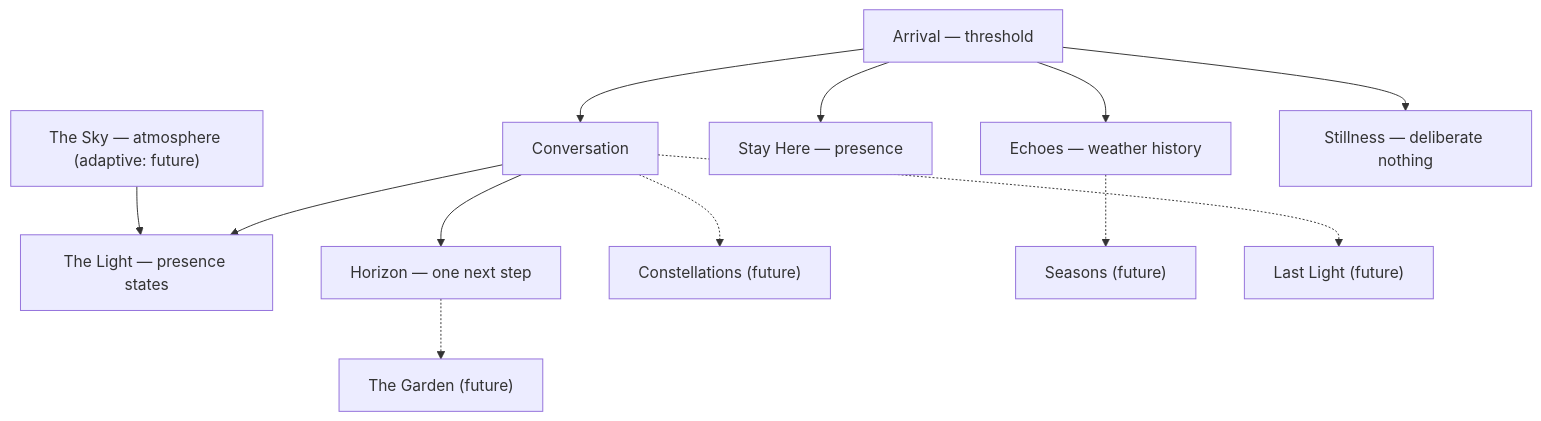
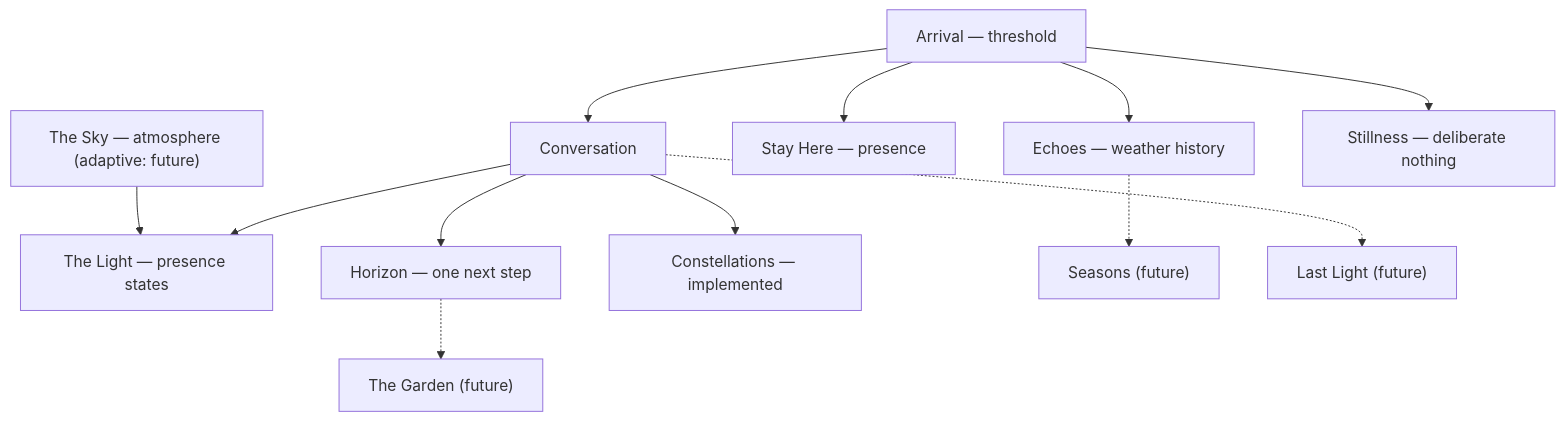
One commit to hilumi/saelis changed the diagram in docs/01-the-light/emotional-architecture.md. Above: the diagram before and after it, drawn with Mermaid. The commit also changed other lines of this file and 46 other files, not shown here.

````diff
--- a/docs/01-the-light/emotional-architecture.md
+++ b/docs/01-the-light/emotional-architecture.md
@@ -60,27 +63,27 @@
 ```mermaid
 graph TD
     SKY["The Sky — atmosphere (adaptive: future)"]
     LIGHT["The Light — presence states"]
     ARRIVAL["Arrival — threshold"]
     CONV["Conversation"]
     STAY["Stay Here — presence"]
     HORIZON["Horizon — one next step"]
     ECHOES["Echoes — weather history"]
     STILL["Stillness — deliberate nothing"]
-    CONST["Constellations (future)"]
+    CONST["Constellations — implemented"]
     SEASONS["Seasons (future)"]
     GARDEN["The Garden (future)"]
     LAST["Last Light (future)"]
 
     SKY --> LIGHT
     ARRIVAL --> CONV
     ARRIVAL --> STAY
     ARRIVAL --> STILL
     CONV --> HORIZON
     CONV --> LIGHT
     ARRIVAL --> ECHOES
     ECHOES -.-> SEASONS
-    CONV -.-> CONST
+    CONV --> CONST
     HORIZON -.-> GARDEN
     CONV -.-> LAST
 ```
````
